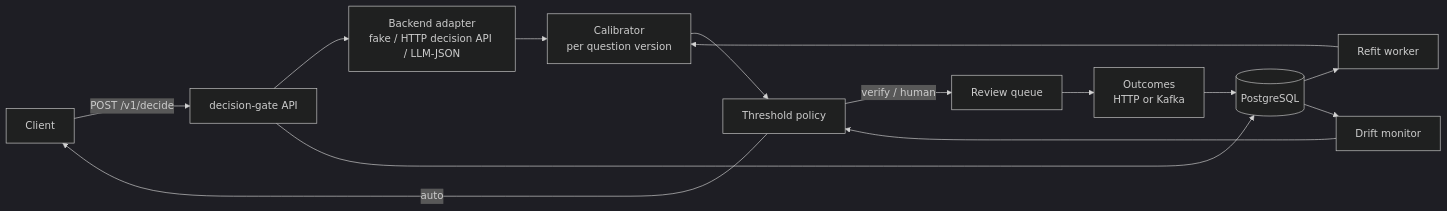
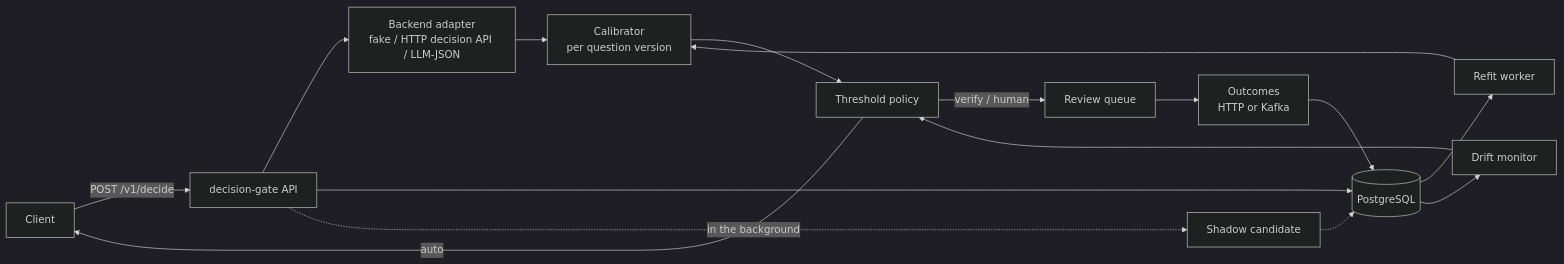
One commit to xeeshan16/decision-gate changed the diagram in README.md. Above: the diagram before and after it, drawn with Mermaid (dark theme). The commit also changed other lines of this file and 2 other files, not shown here.

First line of the commit message:
Document shadow mode and day 10 progress

````diff
--- a/README.md
+++ b/README.md
@@ -55,14 +56,15 @@
 ```mermaid
 flowchart LR
     client[Client] -->|POST /v1/decide| api[decision-gate API]
     api --> backend[Backend adapter<br/>fake / HTTP decision API / LLM-JSON]
     backend --> cal[Calibrator<br/>per question version]
     cal --> policy[Threshold policy]
     policy -->|auto| client
     policy -->|verify / human| queue[Review queue]
     outcomes[Outcomes<br/>HTTP or Kafka] --> store[(PostgreSQL)]
     queue --> outcomes
     api --> store
+    api -.->|in the background| shadow[Shadow candidate] -.-> store
     store --> refit[Refit worker] --> cal
     store --> drift[Drift monitor] --> policy
 ```
````
